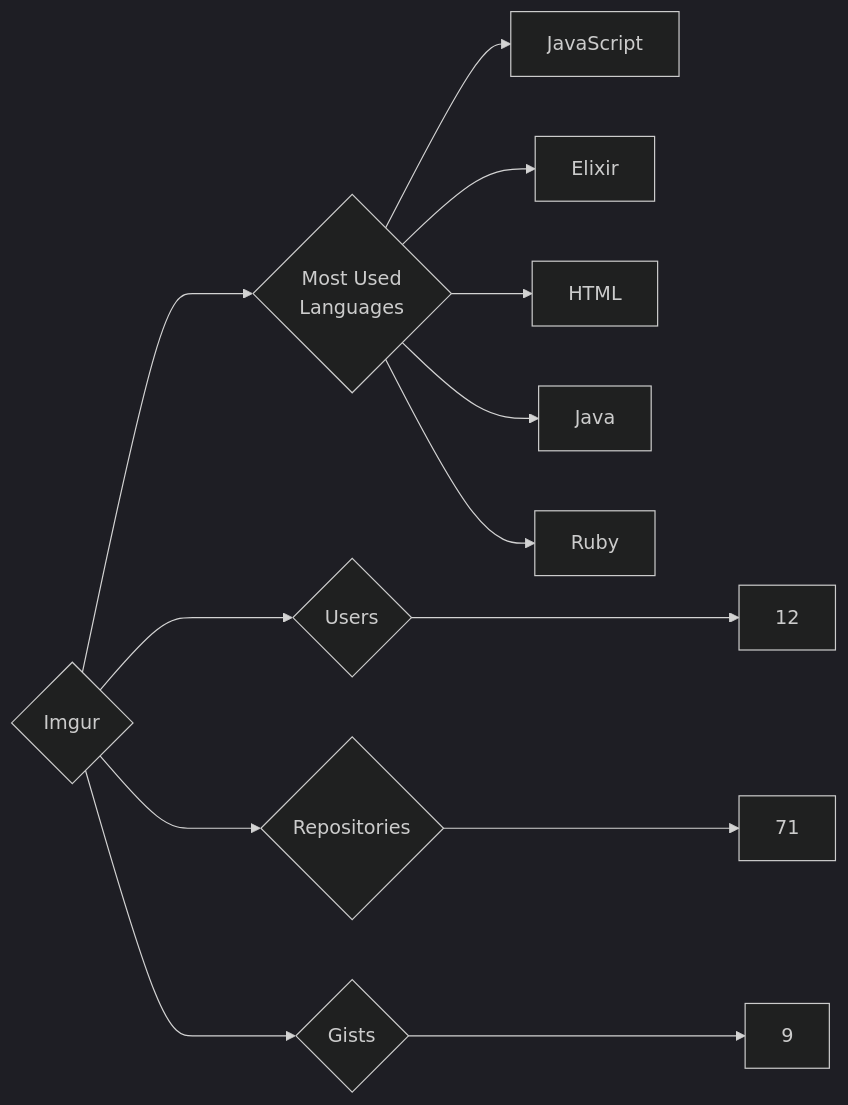
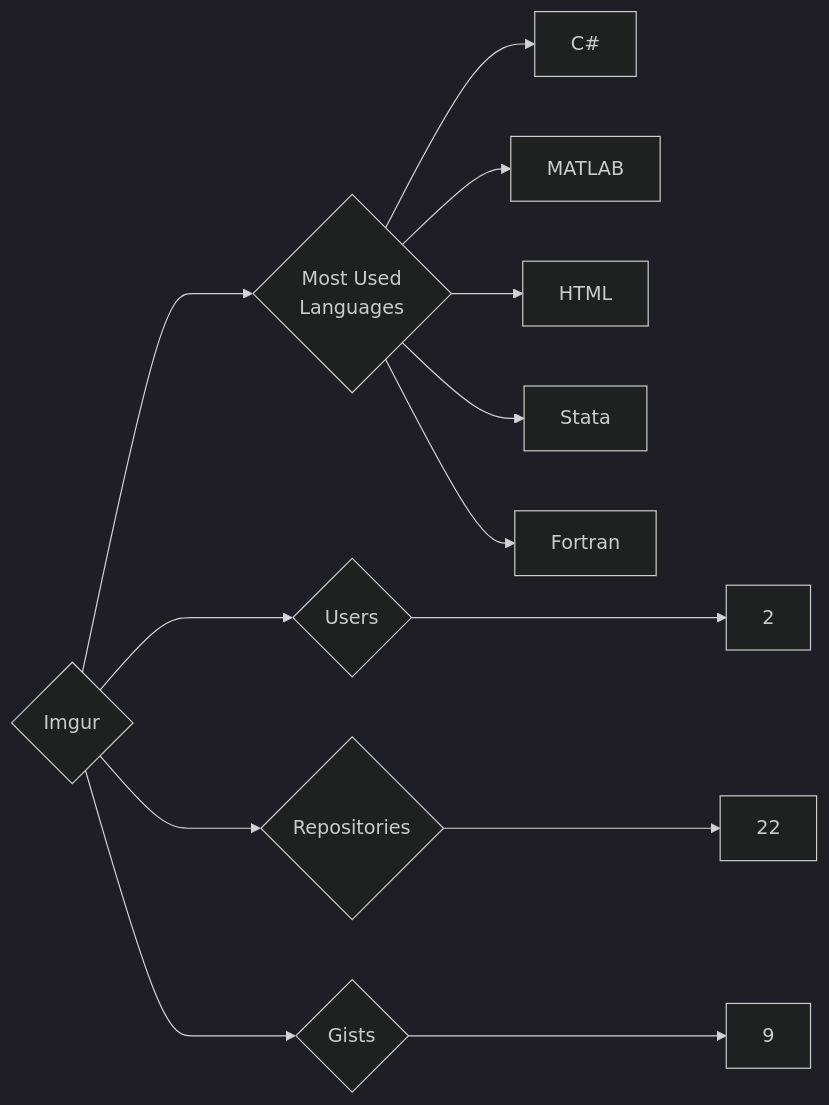
One commit to trickest/insiders changed the diagram in targets/Imgur/README.md. Above: the diagram before and after it, drawn with Mermaid (dark theme). The commit also changed 998 other files, not shown here.

````diff
--- a/targets/Imgur/README.md
+++ b/targets/Imgur/README.md
@@ -3,13 +3,13 @@
 ```mermaid
 graph LR
 COMPANY_NAME{Imgur}
-COMPANY_NAME ---> U{Users} ---> UN[12]
-COMPANY_NAME ---> R{Repositories} ---> RN[71]
+COMPANY_NAME ---> U{Users} ---> UN[2]
+COMPANY_NAME ---> R{Repositories} ---> RN[22]
 COMPANY_NAME ---> G{Gists} ---> GN[9]
 COMPANY_NAME ---> ML{Most Used<br>Languages}
-ML --> JavaScript[JavaScript]
-ML --> Elixir[Elixir]
+ML --> C#[C#]
+ML --> MATLAB[MATLAB]
 ML --> HTML[HTML]
-ML --> Java[Java]
-ML --> Ruby[Ruby]
+ML --> Stata[Stata]
+ML --> Fortran[Fortran]
 ```
````
